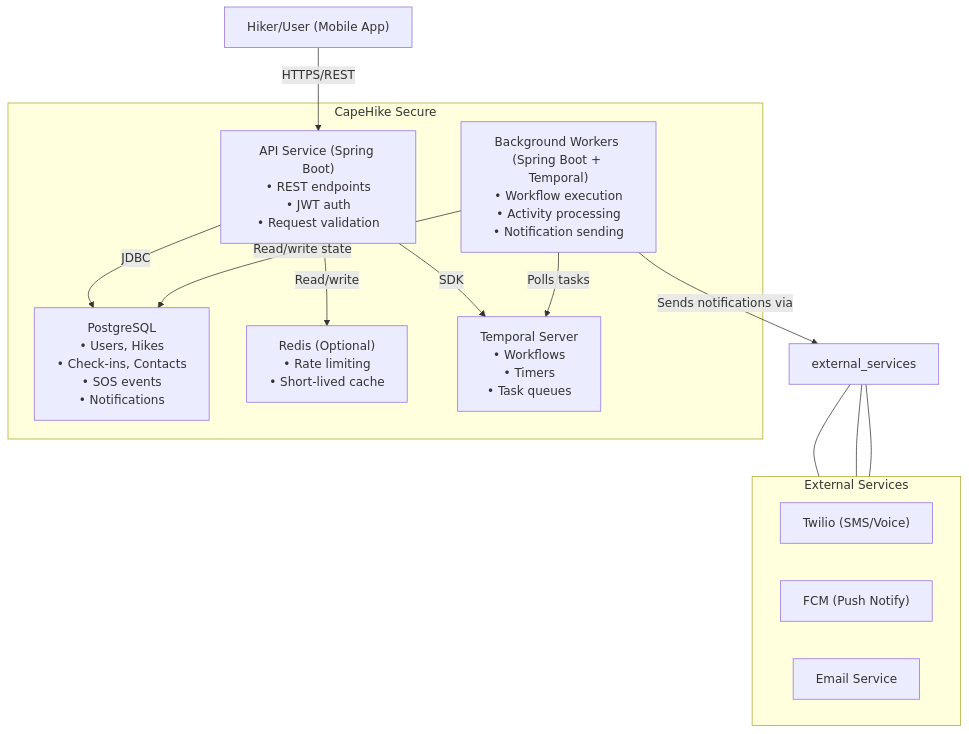
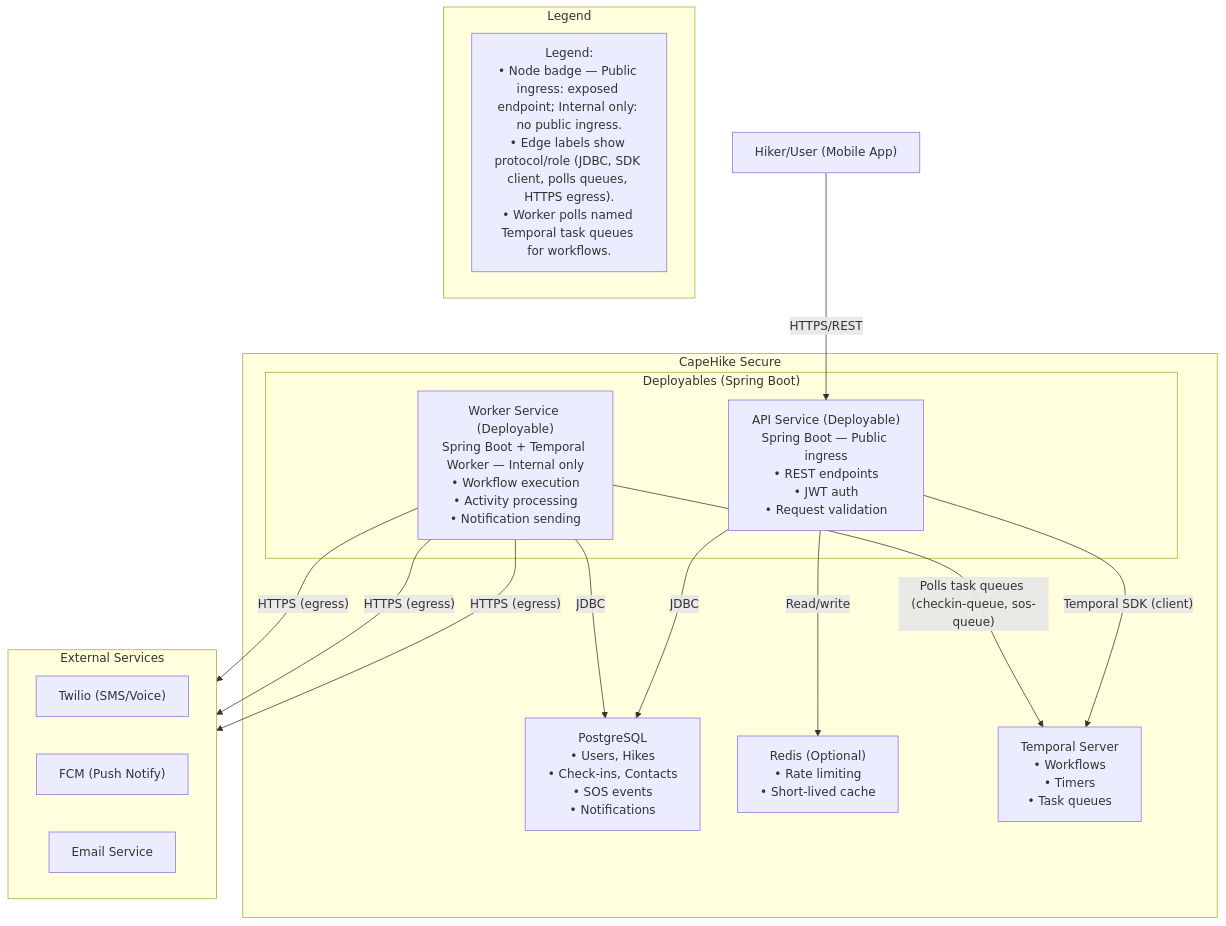
The second of 4 diagrams in README.md (thatguycodes/hike), drawn with Mermaid before and after one commit. The commit also changed 1 other file, not shown here.

Commit message:
Update .gitignore to exclude JetBrains IDE files

````diff
--- a/README.md
+++ b/README.md
@@ -85,31 +85,46 @@
 ```mermaid
 graph TD
+    user["Hiker/User (Mobile App)"]
+
     subgraph "CapeHike Secure"
-        api_service["API Service (Spring Boot)<br>• REST endpoints<br>• JWT auth<br>• Request validation"]
-        workers["Background Workers (Spring Boot + Temporal)<br>• Workflow execution<br>• Activity processing<br>• Notification sending"]
+        subgraph "Deployables (Spring Boot)"
+            api_service["API Service (Deployable)<br>Spring Boot — Public ingress<br>• REST endpoints<br>• JWT auth<br>• Request validation"]
+            worker_service["Worker Service (Deployable)<br>Spring Boot + Temporal Worker — Internal only<br>• Workflow execution<br>• Activity processing<br>• Notification sending"]
+        end
+
         db["PostgreSQL<br>• Users, Hikes<br>• Check-ins, Contacts<br>• SOS events<br>• Notifications"]
         cache["Redis (Optional)<br>• Rate limiting<br>• Short-lived cache"]
         temporal_server["Temporal Server<br>• Workflows<br>• Timers<br>• Task queues"]
     end
-
-    user["Hiker/User (Mobile App)"]
-
-    user -- "HTTPS/REST" --> api_service
-    api_service -- "JDBC" --> db
-    api_service -- "SDK" --> temporal_server
-    workers -- "Polls tasks" --> temporal_server
-    workers -- "Read/write state" --> db
-    api_service -- "Read/write" --> cache
-    workers -- "Sends notifications via" --> external_services
 
     subgraph "External Services"
         direction LR
         twilio["Twilio (SMS/Voice)"]
         fcm["FCM (Push Notify)"]
         email["Email Service"]
     end
 
-    external_services -- " " --- twilio
-    external_services -- " " --- fcm
-    external_services -- " " --- email
+    %% Client ingress
+    user -- "HTTPS/REST" --> api_service
+
+    %% Data store access
+    api_service -- "JDBC" --> db
+    worker_service -- "JDBC" --> db
+
+    %% Orchestration
+    api_service -- "Temporal SDK (client)" --> temporal_server
+    worker_service -- "Polls task queues (checkin-queue, sos-queue)" --> temporal_server
+
+    %% Cache
+    api_service -- "Read/write" --> cache
+
+    %% Provider egress (from Worker only)
+    worker_service -- "HTTPS (egress)" --> twilio
+    worker_service -- "HTTPS (egress)" --> fcm
+    worker_service -- "HTTPS (egress)" --> email
+
+    %% Legend (tidy)
+    subgraph Legend
+        note["Legend:<br>• Node badge — Public ingress: exposed endpoint; Internal only: no public ingress.<br>• Edge labels show protocol/role (JDBC, SDK client, polls queues, HTTPS egress).<br>• Worker polls named Temporal task queues for workflows."]
+    end
 ```
````
